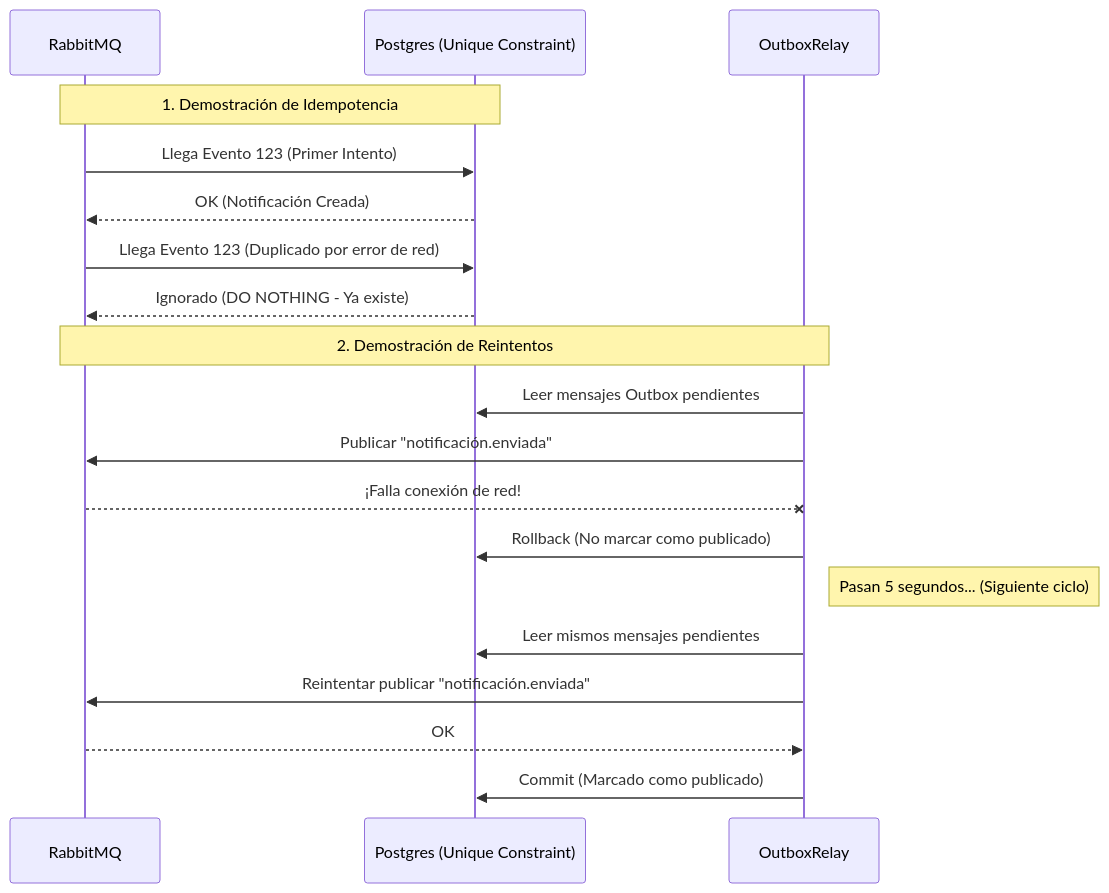
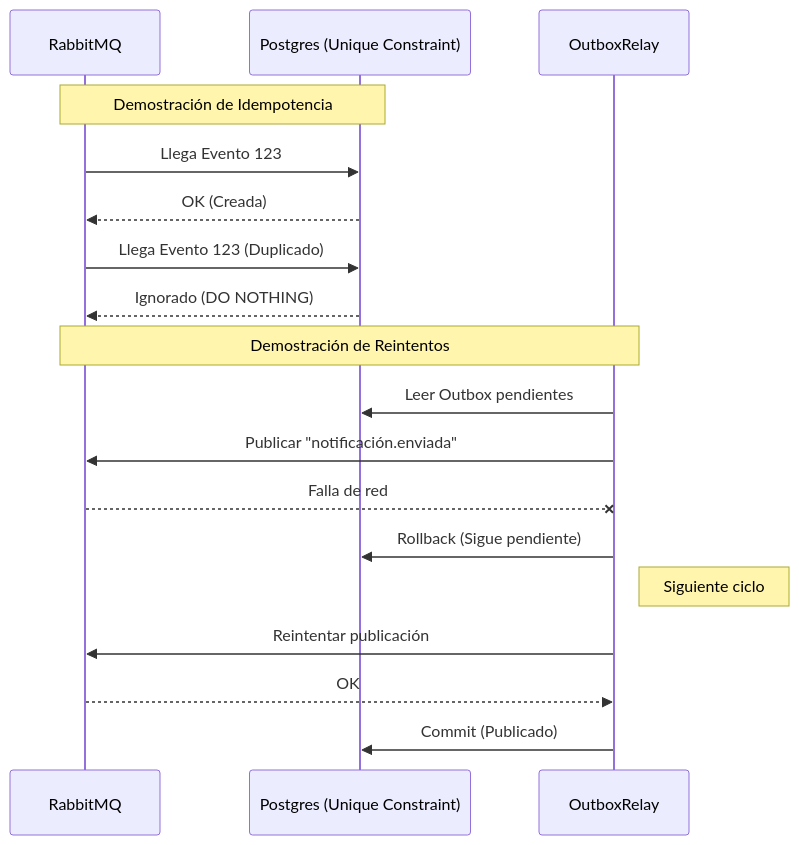
One commit to Entregables-Jesus-Ariel/evidencias-notification-service changed the diagram in tasks-vanessaperdomo/HU-NOTIF-004.md. Above: the diagram before and after it, drawn with Mermaid. The commit also changed other lines of this file and 6 other files, not shown here.

````diff
--- a/tasks-vanessaperdomo/HU-NOTIF-004.md
+++ b/tasks-vanessaperdomo/HU-NOTIF-004.md
@@ -17,24 +15,23 @@
 ```mermaid
 sequenceDiagram
     participant RabbitMQ
     participant BD as Postgres (Unique Constraint)
     participant Relay as OutboxRelay
 
-    Note over RabbitMQ,BD: 1. Demostración de Idempotencia
-    RabbitMQ->>BD: Llega Evento 123 (Primer Intento)
-    BD-->>RabbitMQ: OK (Notificación Creada)
-    RabbitMQ->>BD: Llega Evento 123 (Duplicado por error de red)
-    BD-->>RabbitMQ: Ignorado (DO NOTHING - Ya existe)
+    Note over RabbitMQ,BD: Demostración de Idempotencia
+    RabbitMQ->>BD: Llega Evento 123
+    BD-->>RabbitMQ: OK (Creada)
+    RabbitMQ->>BD: Llega Evento 123 (Duplicado)
+    BD-->>RabbitMQ: Ignorado (DO NOTHING)
     
-    Note over Relay,RabbitMQ: 2. Demostración de Reintentos
-    Relay->>BD: Leer mensajes Outbox pendientes
+    Note over Relay,RabbitMQ: Demostración de Reintentos
+    Relay->>BD: Leer Outbox pendientes
     Relay->>RabbitMQ: Publicar "notificación.enviada"
-    RabbitMQ--xRelay: ¡Falla conexión de red!
-    Relay->>BD: Rollback (No marcar como publicado)
+    RabbitMQ--xRelay: Falla de red
+    Relay->>BD: Rollback (Sigue pendiente)
     
-    Note right of Relay: Pasan 5 segundos... (Siguiente ciclo)
-    Relay->>BD: Leer mismos mensajes pendientes
-    Relay->>RabbitMQ: Reintentar publicar "notificación.enviada"
+    Note right of Relay: Siguiente ciclo
+    Relay->>RabbitMQ: Reintentar publicación
     RabbitMQ-->>Relay: OK
-    Relay->>BD: Commit (Marcado como publicado)
+    Relay->>BD: Commit (Publicado)
 ```
````
